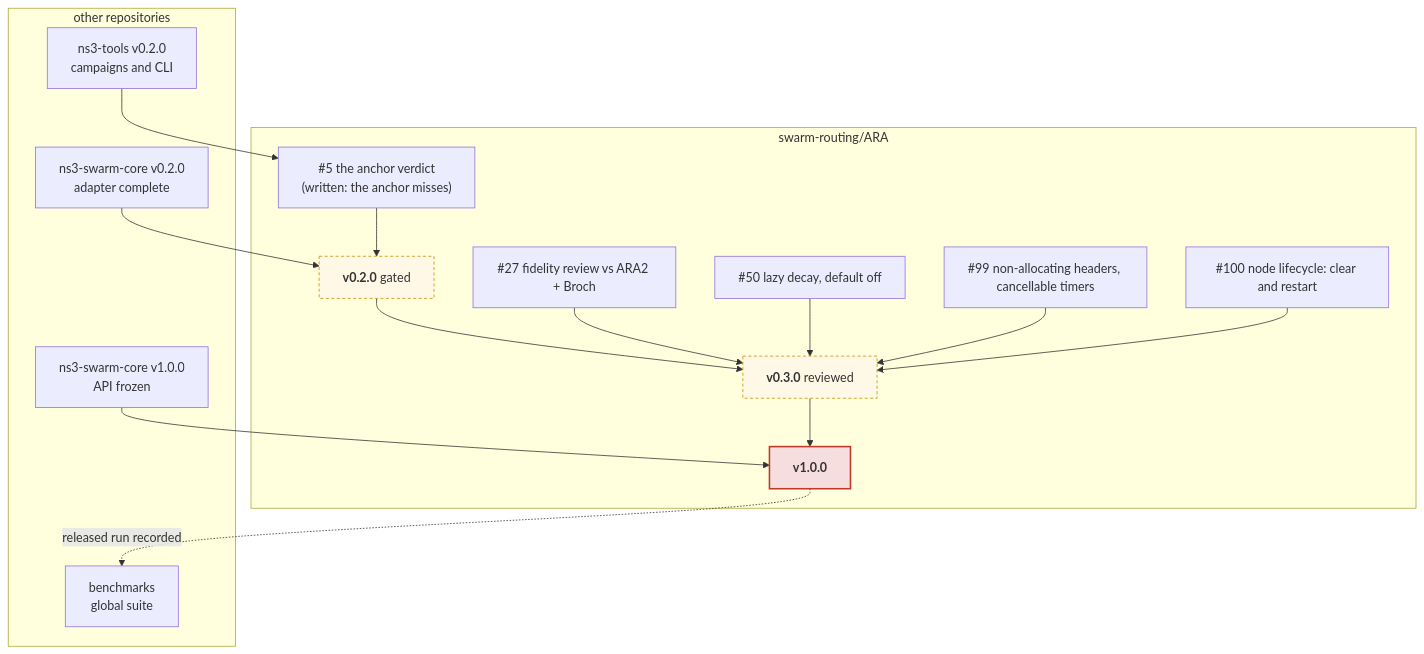
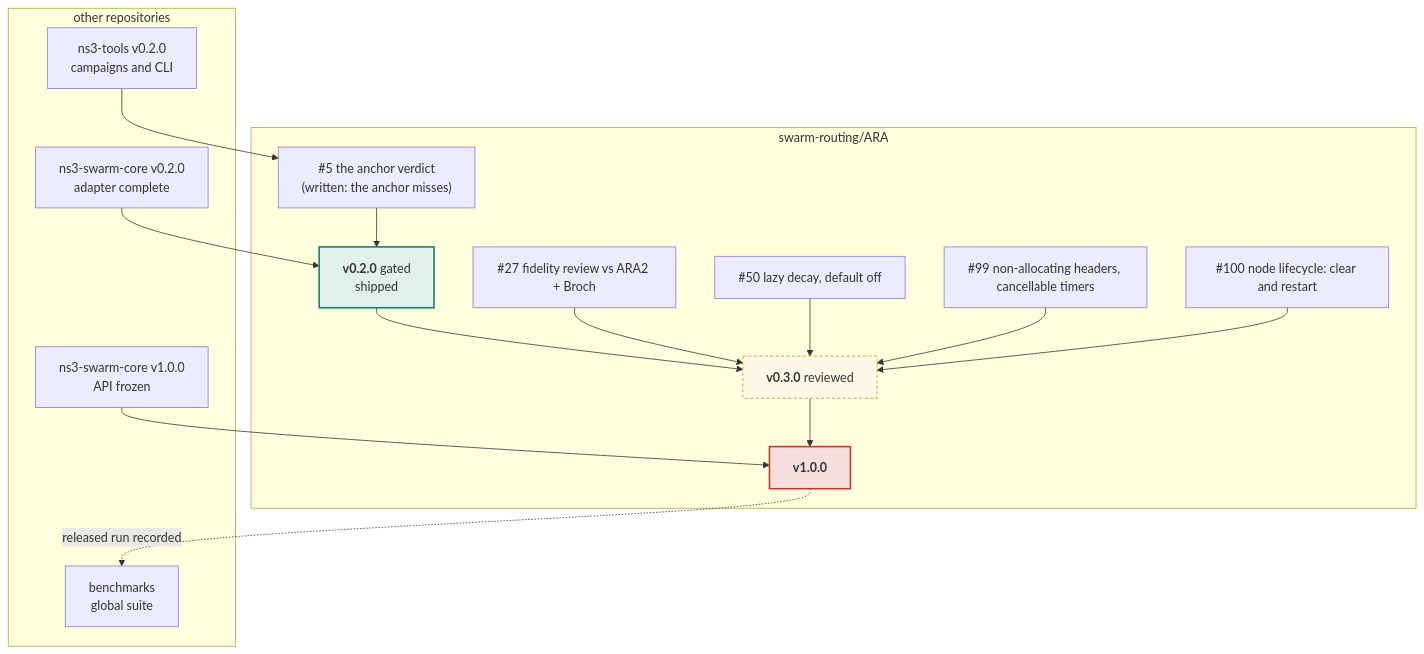
The second of 2 diagrams in docs/roadmap.md (swarm-routing/ARA), drawn with Mermaid before and after one commit. The commit also changed other lines of this file and 1 other file, not shown here.

First line of the commit message:
docs(roadmap): v0.2.0 shipped, with the written infeasibility verdict (#130)

````diff
--- a/docs/roadmap.md
+++ b/docs/roadmap.md
@@ -55,35 +61,35 @@
 ```mermaid
 flowchart TB
     subgraph ARA["swarm-routing/ARA"]
         I5["#5 the anchor verdict<br/>(written: the anchor misses)"]
         I27["#27 fidelity review vs ARA2 + Broch"]
         I50["#50 lazy decay, default off"]
         I99["#99 non-allocating headers, cancellable timers"]
         I100["#100 node lifecycle: clear and restart"]
-        V02["<b>v0.2.0</b> gated"]
+        V02["<b>v0.2.0</b> gated<br/>shipped"]
         V03["<b>v0.3.0</b> reviewed"]
         V10["<b>v1.0.0</b>"]
     end
     subgraph XR["other repositories"]
         T02["ns3-tools v0.2.0<br/>campaigns and CLI"]
         S02["ns3-swarm-core v0.2.0<br/>adapter complete"]
         S10["ns3-swarm-core v1.0.0<br/>API frozen"]
         BM["benchmarks<br/>global suite"]
     end
 
     I5 --> V02
     T02 --> I5
     S02 --> V02
     V02 --> V03
     I27 --> V03
     I50 --> V03
     I99 --> V03
     I100 --> V03
     V03 --> V10
     S10 --> V10
     V10 -.->|"released run recorded"| BM
 
-    style V02 fill:#fff8e6,stroke:#c48f00,stroke-dasharray:4 3
+    style V02 fill:#e2f0ed,stroke:#0f7f70,stroke-width:2px
     style V03 fill:#fff8e6,stroke:#c48f00,stroke-dasharray:4 3
     style V10 fill:#f6dede,stroke:#c0392b,stroke-width:2px
 ```
````
